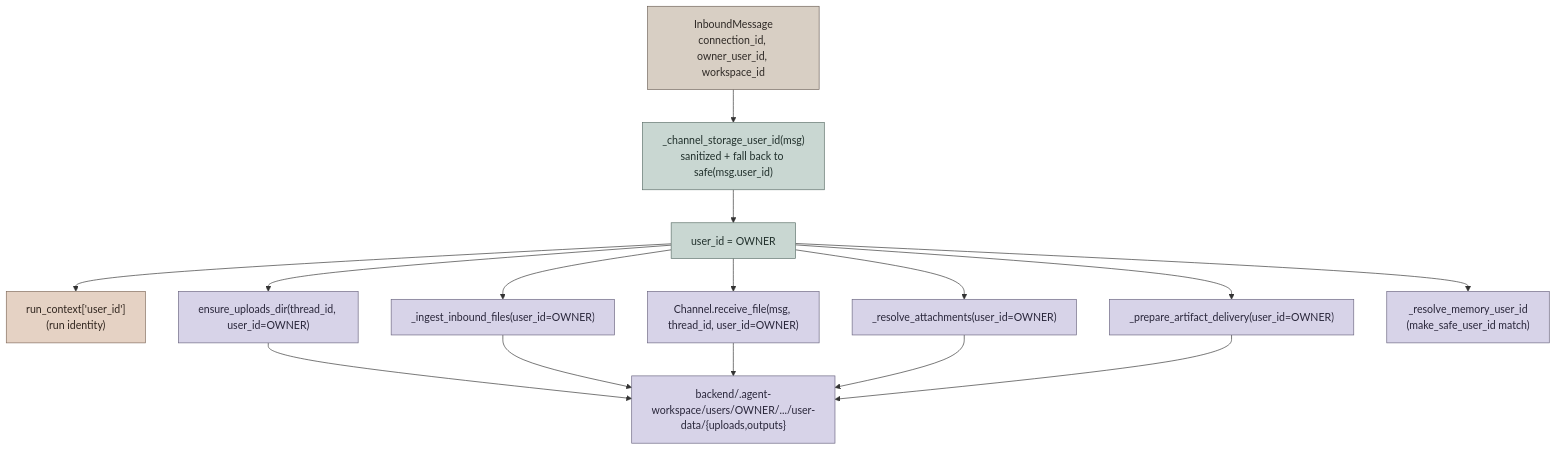
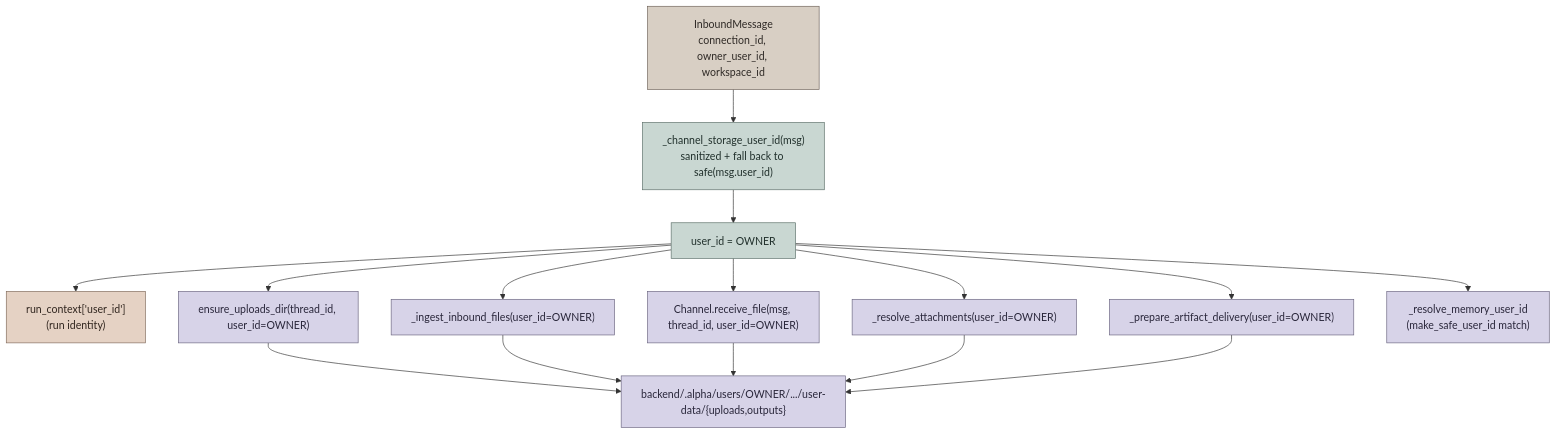
One commit to itsPremkumar/alpha changed the sixth of 7 diagrams in backend/docs/IM_CHANNEL_CONNECTIONS.md. Above: the diagram before and after it, drawn with Mermaid. The commit also changed 882 other files, not shown here.

First line of the commit message:
refactor(repo): rename agent-workspace to alpha across the tree

````diff
--- a/backend/docs/IM_CHANNEL_CONNECTIONS.md
+++ b/backend/docs/IM_CHANNEL_CONNECTIONS.md
@@ -190,35 +190,35 @@
 ```mermaid
 flowchart TB
     classDef owner fill:#D8CFC4,stroke:#6E6259,color:#2F2A26
     classDef resolve fill:#C9D7D2,stroke:#5D706A,color:#21302C
     classDef bucket fill:#D7D3E8,stroke:#6B6680,color:#29263A
     classDef agent fill:#E5D2C4,stroke:#806A5B,color:#30251E
 
     Inbound["InboundMessage<br/>connection_id, owner_user_id, workspace_id"]:::owner
     Resolve["_channel_storage_user_id(msg)<br/>sanitized + fall back to safe(msg.user_id)"]:::resolve
     UserID["user_id = OWNER"]:::resolve
 
     RunID["run_context['user_id']<br/>(run identity)"]:::agent
     RunUploads["ensure_uploads_dir(thread_id, user_id=OWNER)"]:::bucket
     Ingest["_ingest_inbound_files(user_id=OWNER)"]:::bucket
     Receive["Channel.receive_file(msg, thread_id, user_id=OWNER)"]:::bucket
     Resolved["_resolve_attachments(user_id=OWNER)"]:::bucket
     Artifact["_prepare_artifact_delivery(user_id=OWNER)"]:::bucket
     Memory["_resolve_memory_user_id<br/>(make_safe_user_id match)"]:::bucket
 
-    Bucket["backend/.agent-workspace/users/OWNER/.../user-data/{uploads,outputs}"]:::bucket
+    Bucket["backend/.alpha/users/OWNER/.../user-data/{uploads,outputs}"]:::bucket
 
     Inbound --> Resolve --> UserID
     UserID --> RunID
     UserID --> Receive
     UserID --> Ingest
     UserID --> RunUploads
     UserID --> Resolved
     UserID --> Artifact
     UserID --> Memory
     RunUploads --> Bucket
     Ingest --> Bucket
     Receive --> Bucket
     Resolved --> Bucket
     Artifact --> Bucket
 ```
````
